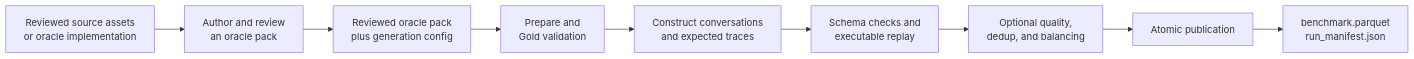
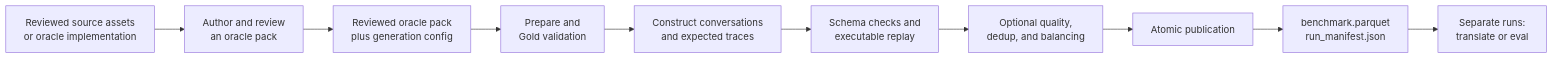
The first of 2 diagrams in docs/build-benchmarks/function-calling/explanation/pipeline-overview.md (rkalaniNV/Nemotron), drawn with Mermaid before and after one commit. The commit also changed other lines of this file and 130 other files, not shown here.

````diff
--- a/docs/build-benchmarks/function-calling/explanation/pipeline-overview.md
+++ b/docs/build-benchmarks/function-calling/explanation/pipeline-overview.md
@@ -17,14 +19,15 @@
 ```mermaid
 flowchart LR
   SOURCE["Reviewed source assets<br/>or oracle implementation"]
   AUTHOR["Author and review<br/>an oracle pack"]
   PACK["Reviewed oracle pack<br/>plus generation config"]
   PREP["Prepare and<br/>Gold validation"]
   BUILD["Construct conversations<br/>and expected traces"]
   VERIFY["Schema checks and<br/>executable replay"]
   SELECT["Optional quality,<br/>dedup, and balancing"]
   PUBLISH["Atomic publication"]
   OUT["benchmark.parquet<br/>run_manifest.json"]
+  LATER["Separate runs:<br/>translate or eval"]
 
-  SOURCE --> AUTHOR --> PACK --> PREP --> BUILD --> VERIFY --> SELECT --> PUBLISH --> OUT
+  SOURCE --> AUTHOR --> PACK --> PREP --> BUILD --> VERIFY --> SELECT --> PUBLISH --> OUT --> LATER
 ```
````
